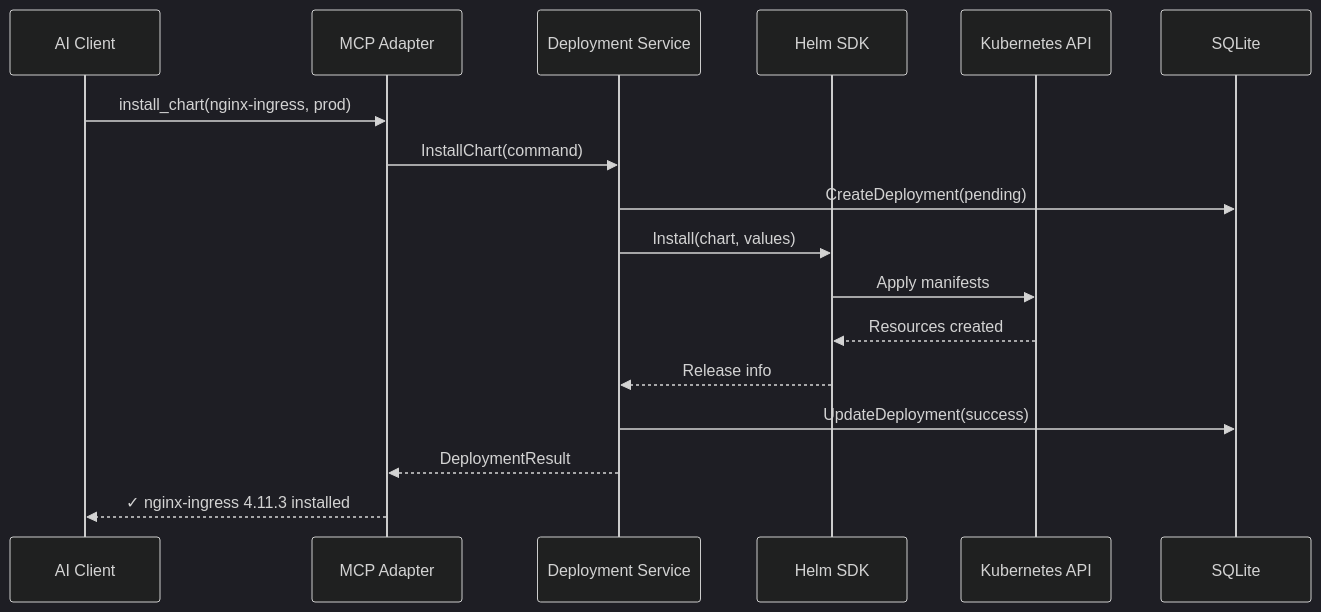
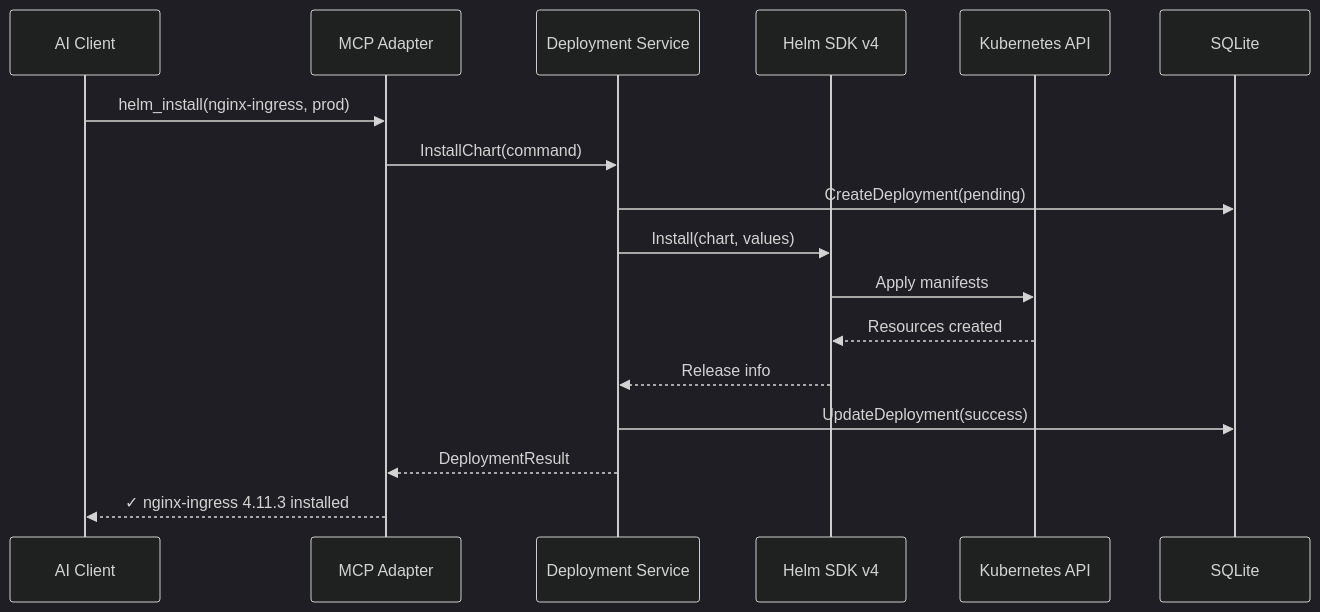
The third of 6 diagrams in README.md (vinaycharlie01/sh-mcp-go), drawn with Mermaid (dark theme) before and after one commit. The commit also changed other lines of this file, not shown here.

First line of the commit message:
docs: update README for Helm SDK v4 and 55 MCP tools

````diff
--- a/README.md
+++ b/README.md
@@ -151,20 +152,20 @@
 ```mermaid
 sequenceDiagram
     participant AI as AI Client
     participant MCP as MCP Adapter
     participant SVC as Deployment Service
-    participant HELM as Helm SDK
+    participant HELM as Helm SDK v4
     participant K8S as Kubernetes API
     participant DB as SQLite
 
-    AI->>MCP: install_chart(nginx-ingress, prod)
+    AI->>MCP: helm_install(nginx-ingress, prod)
     MCP->>SVC: InstallChart(command)
     SVC->>DB: CreateDeployment(pending)
     SVC->>HELM: Install(chart, values)
     HELM->>K8S: Apply manifests
     K8S-->>HELM: Resources created
     HELM-->>SVC: Release info
     SVC->>DB: UpdateDeployment(success)
     SVC-->>MCP: DeploymentResult
     MCP-->>AI: ✓ nginx-ingress 4.11.3 installed
 ```
````
